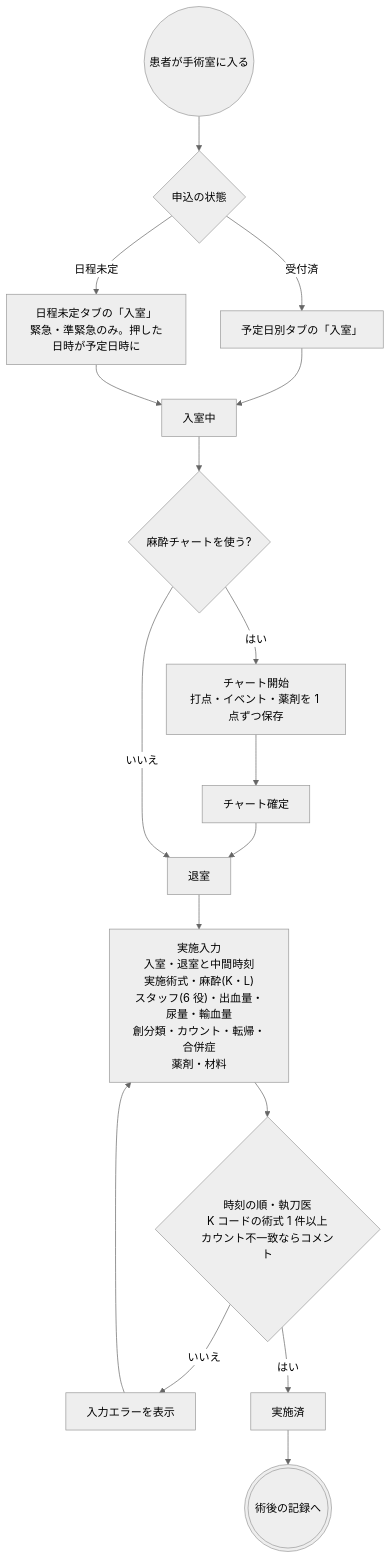
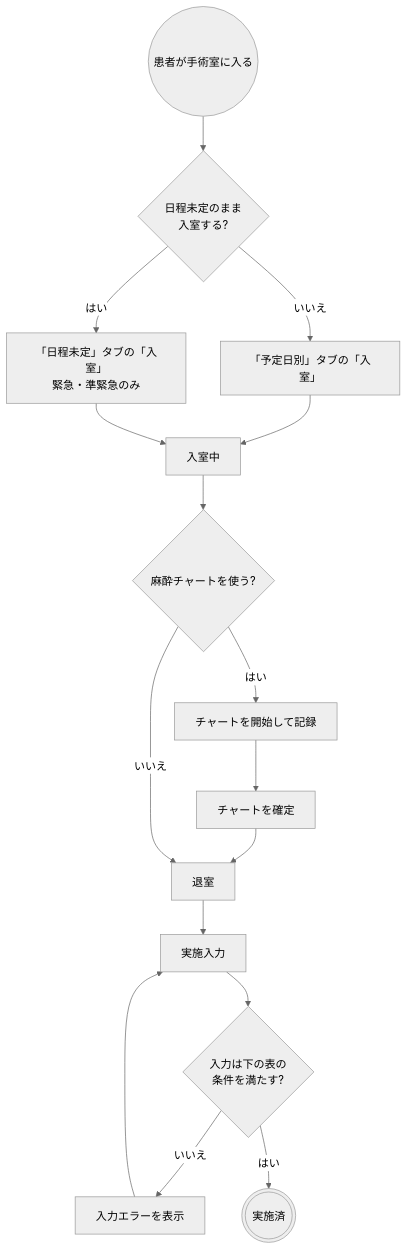
One commit to ysnr-dev/fhir-client-docs changed the sixth of 6 diagrams in docs/flows/surgery.md. Above: the diagram before and after it, drawn with Mermaid (neutral theme). The commit also changed other lines of this file and 43 other files, not shown here.

Commit message:
docs: 業務フローとシーケンス図を写し直し

````diff
--- a/docs/flows/surgery.md
+++ b/docs/flows/surgery.md
@@ -196,27 +243,26 @@
 ```mermaid
 flowchart TD
   start(("患者が手術室に入る"))
-  where{"申込の状態"}
-  admit["予定日別タブの「入室」"]
-  emergency["日程未定タブの「入室」<br/>緊急・準緊急のみ。押した日時が予定日時に"]
+  where{"日程未定のまま<br/>入室する?"}
+  admit["「予定日別」タブの「入室」"]
+  emergency["「日程未定」タブの「入室」<br/>緊急・準緊急のみ"]
   inRoom["入室中"]
   chart{"麻酔チャートを使う?"}
-  chartStart["チャート開始<br/>打点・イベント・薬剤を 1 点ずつ保存"]
-  chartClose["チャート確定"]
+  chartStart["チャートを開始して記録"]
+  chartClose["チャートを確定"]
   leave["退室"]
-  perform["実施入力<br/>入室・退室と中間時刻<br/>実施術式・麻酔(K・L)<br/>スタッフ(6 役)・出血量・尿量・輸血量<br/>創分類・カウント・転帰・合併症<br/>薬剤・材料"]
-  valid{"時刻の順・執刀医<br/>K コードの術式 1 件以上<br/>カウント不一致ならコメント"}
+  perform["実施入力"]
+  valid{"入力は下の表の<br/>条件を満たす?"}
   validError["入力エラーを表示"]
-  completed["実施済"]
-  done((("術後の記録へ")))
+  done((("実施済")))
 
   start --> where
-  where -- "受付済" --> admit --> inRoom
-  where -- "日程未定" --> emergency --> inRoom
+  where -- "いいえ" --> admit --> inRoom
+  where -- "はい" --> emergency --> inRoom
   inRoom --> chart
   chart -- "はい" --> chartStart --> chartClose --> leave
   chart -- "いいえ" --> leave
   leave --> perform --> valid
   valid -- "いいえ" --> validError --> perform
-  valid -- "はい" --> completed --> done
+  valid -- "はい" --> done
 ```
````
